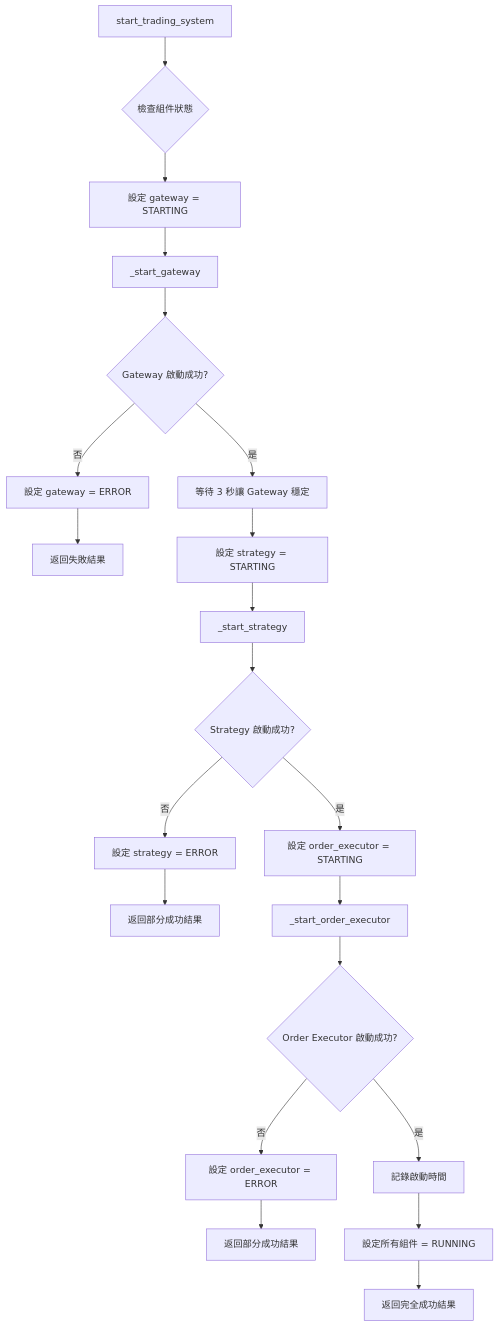
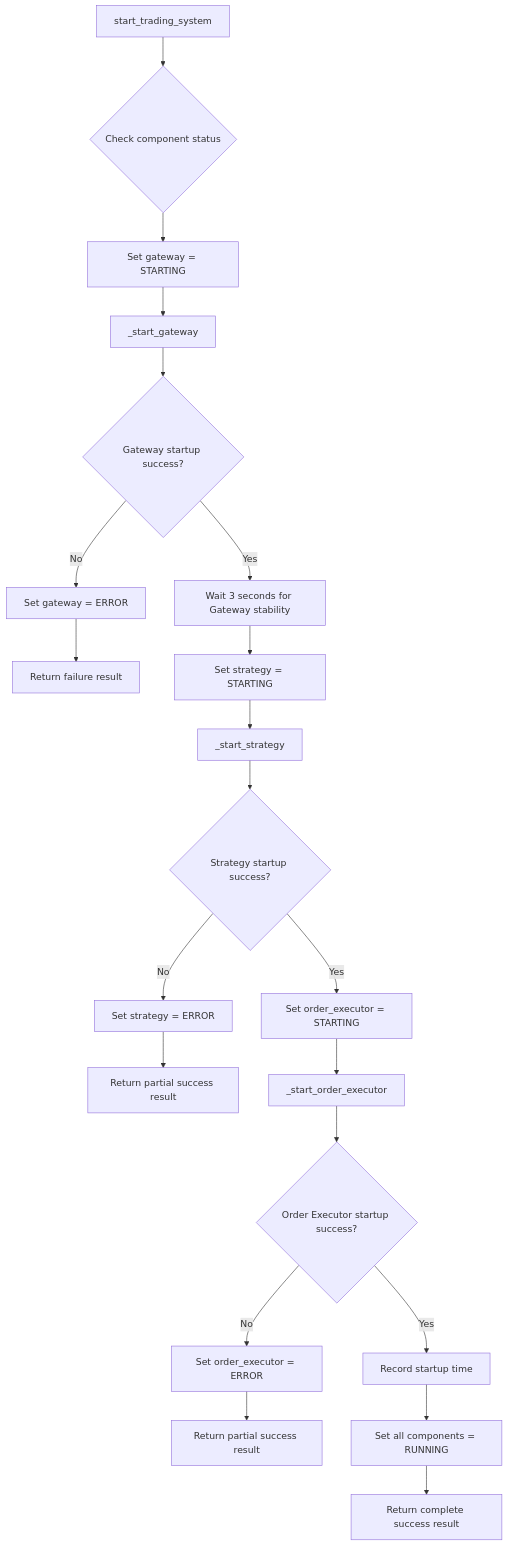
One commit to ttpss930141011/auto-futures-trading-machine changed the fourth of 11 diagrams in docs/architecture/DETAILED_FLOW_DIAGRAMS.md. Above: the diagram before and after it, drawn with Mermaid. The commit also changed other lines of this file and 6 other files, not shown here.

````diff
--- a/docs/architecture/DETAILED_FLOW_DIAGRAMS.md
+++ b/docs/architecture/DETAILED_FLOW_DIAGRAMS.md
@@ -147,29 +147,29 @@
 ```mermaid
 graph TD
-    A[start_trading_system] --> B{檢查組件狀態}
-    B --> C[設定 gateway = STARTING]
+    A[start_trading_system] --> B{Check component status}
+    B --> C[Set gateway = STARTING]
     C --> D[_start_gateway]
     
-    D --> E{Gateway 啟動成功?}
-    E -->|否| F[設定 gateway = ERROR]
-    F --> G[返回失敗結果]
+    D --> E{Gateway startup success?}
+    E -->|No| F[Set gateway = ERROR]
+    F --> G[Return failure result]
     
-    E -->|是| H[等待 3 秒讓 Gateway 穩定]
-    H --> I[設定 strategy = STARTING]
+    E -->|Yes| H[Wait 3 seconds for Gateway stability]
+    H --> I[Set strategy = STARTING]
     I --> J[_start_strategy]
     
-    J --> K{Strategy 啟動成功?}
-    K -->|否| L[設定 strategy = ERROR]
-    L --> M[返回部分成功結果]
+    J --> K{Strategy startup success?}
+    K -->|No| L[Set strategy = ERROR]
+    L --> M[Return partial success result]
     
-    K -->|是| N[設定 order_executor = STARTING]
+    K -->|Yes| N[Set order_executor = STARTING]
     N --> O[_start_order_executor]
     
-    O --> P{Order Executor 啟動成功?}
-    P -->|否| Q[設定 order_executor = ERROR]
-    Q --> R[返回部分成功結果]
+    O --> P{Order Executor startup success?}
+    P -->|No| Q[Set order_executor = ERROR]
+    Q --> R[Return partial success result]
     
-    P -->|是| S[記錄啟動時間]
-    S --> T[設定所有組件 = RUNNING]
-    T --> U[返回完全成功結果]
+    P -->|Yes| S[Record startup time]
+    S --> T[Set all components = RUNNING]
+    T --> U[Return complete success result]
 ```
````
